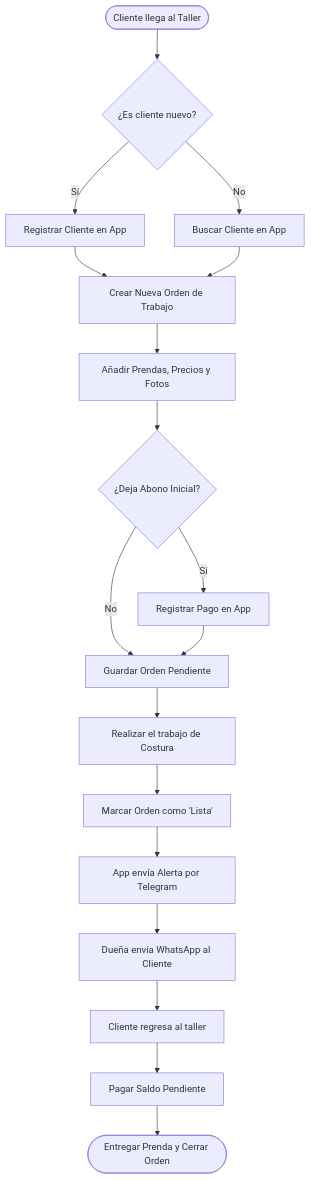
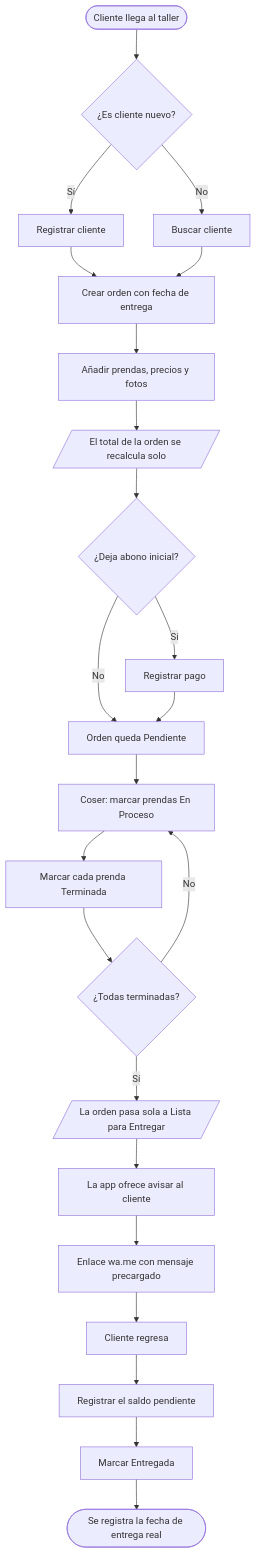
Before and after one commit to Aryannext/Costura-app: the fourth of 10 diagrams in docs/DIAGRAMAS.md, drawn with Mermaid. The commit also changed other lines of this file and 8 other files, not shown here.

First line of the commit message:
docs: alinear documentación y diagramas con el código

````diff
--- a/docs/DIAGRAMAS.md
+++ b/docs/DIAGRAMAS.md
@@ -193,24 +286,30 @@
 ```mermaid
 flowchart TD
-    Inicio([Cliente llega al Taller]) --> P1{¿Es cliente nuevo?}
-    P1 -- Sí --> P2[Registrar Cliente en App]
-    P1 -- No --> P3[Buscar Cliente en App]
-    
-    P2 --> P4[Crear Nueva Orden de Trabajo]
+    Inicio([Cliente llega al taller]) --> P1{¿Es cliente nuevo?}
+    P1 -- Sí --> P2[Registrar cliente]
+    P1 -- No --> P3[Buscar cliente]
+
+    P2 --> P4[Crear orden con fecha de entrega]
     P3 --> P4
-    
-    P4 --> P5[Añadir Prendas, Precios y Fotos]
-    P5 --> P6{¿Deja Abono Inicial?}
-    P6 -- Sí --> P7[Registrar Pago en App]
-    P6 -- No --> P8[Guardar Orden Pendiente]
-    P7 --> P8
-    
-    P8 --> P9[Realizar el trabajo de Costura]
-    P9 --> P10[Marcar Orden como 'Lista']
-    P10 --> P11[App envía Alerta por Telegram]
-    P11 --> P12[Dueña envía WhatsApp al Cliente]
-    
-    P12 --> P13[Cliente regresa al taller]
-    P13 --> P14[Pagar Saldo Pendiente]
-    P14 --> Fin([Entregar Prenda y Cerrar Orden])
+
+    P4 --> P5[Añadir prendas, precios y fotos]
+    P5 --> P6[/El total de la orden se recalcula solo/]
+    P6 --> P7{¿Deja abono inicial?}
+    P7 -- Sí --> P8[Registrar pago]
+    P7 -- No --> P9[Orden queda Pendiente]
+    P8 --> P9
+
+    P9 --> P10[Coser: marcar prendas En Proceso]
+    P10 --> P11[Marcar cada prenda Terminada]
+    P11 --> P12{¿Todas terminadas?}
+    P12 -- Sí --> P13[/La orden pasa sola a Lista para Entregar/]
+    P12 -- No --> P10
+
+    P13 --> P14[La app ofrece avisar al cliente]
+    P14 --> P15[Enlace wa.me con mensaje precargado]
+
+    P15 --> P16[Cliente regresa]
+    P16 --> P17[Registrar el saldo pendiente]
+    P17 --> P18[Marcar Entregada]
+    P18 --> Fin([Se registra la fecha de entrega real])
 ```
````
